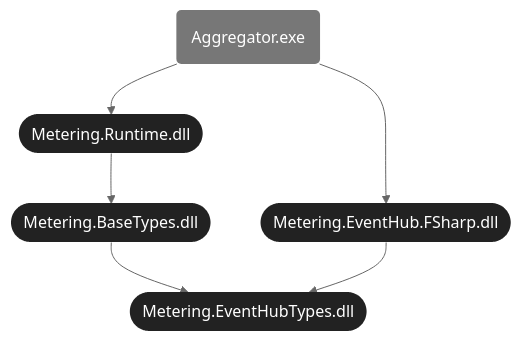
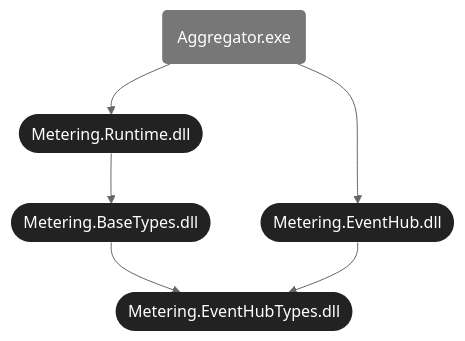
Before and after one commit to microsoft/metered-billing-accelerator: the diagram in README.md, drawn with Mermaid (neutral theme). The commit also changed other lines of this file and 3 other files, not shown here.

Commit message:
Deleted F# implementation of the EventHubObservableClient.

````diff
--- a/README.md
+++ b/README.md
@@ -455,15 +452,15 @@
 ```mermaid
 graph TD
      EventHubTypes([Metering.EventHubTypes.dll])
      BaseTypes([Metering.BaseTypes.dll]) --> EventHubTypes
      RunTime([Metering.Runtime.dll]) --> BaseTypes
-     EventHubFSharp([Metering.EventHub.FSharp.dll]) --> EventHubTypes
+     EventHub([Metering.EventHub.dll]) --> EventHubTypes
      Aggregator(Aggregator.exe) --> RunTime
-     Aggregator --> EventHubFSharp
+     Aggregator --> EventHub
      
     style EventHubTypes  fill:#222,color:#fff,stroke-width:0px
     style BaseTypes      fill:#222,color:#fff,stroke-width:0px
     style RunTime        fill:#222,color:#fff,stroke-width:0px
-    style EventHubFSharp fill:#222,color:#fff,stroke-width:0px
+    style EventHub       fill:#222,color:#fff,stroke-width:0px
     style Aggregator     fill:#777,color:#fff,stroke-width:0px
 ```
````
